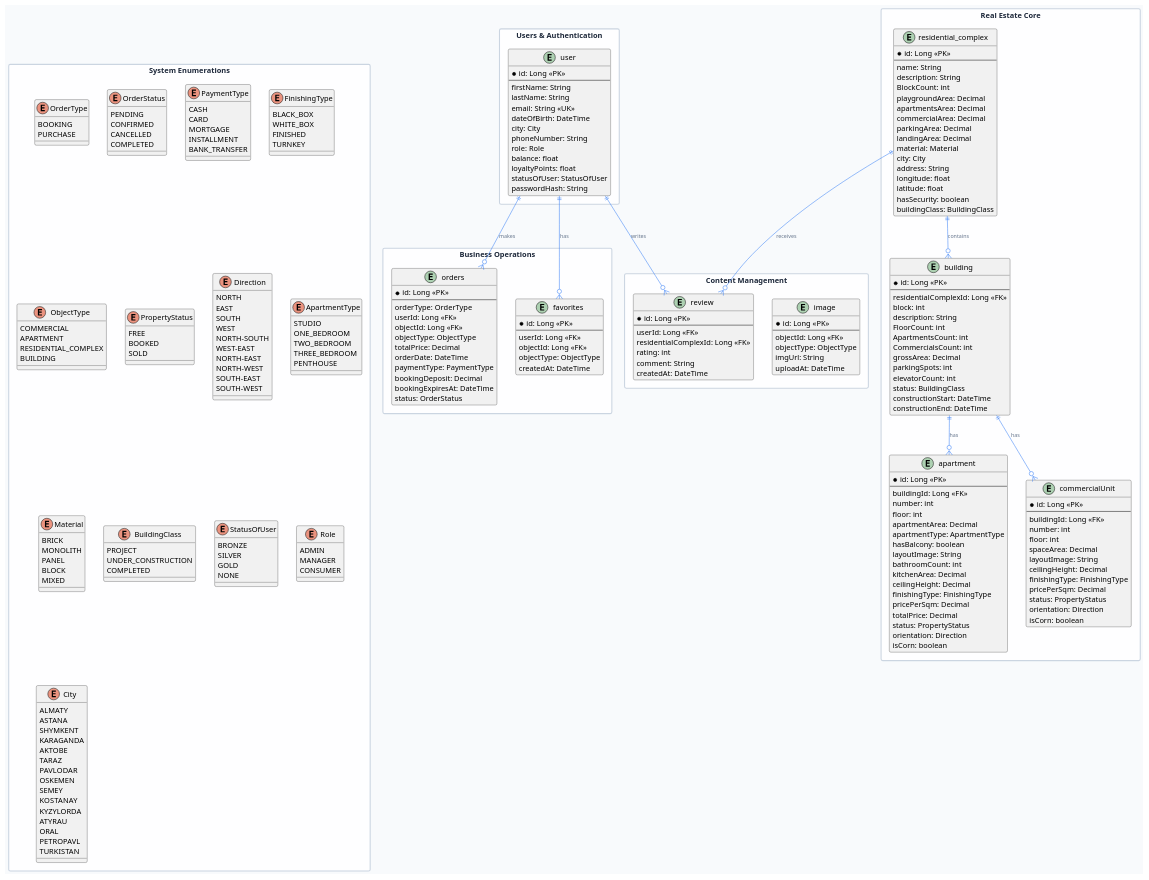
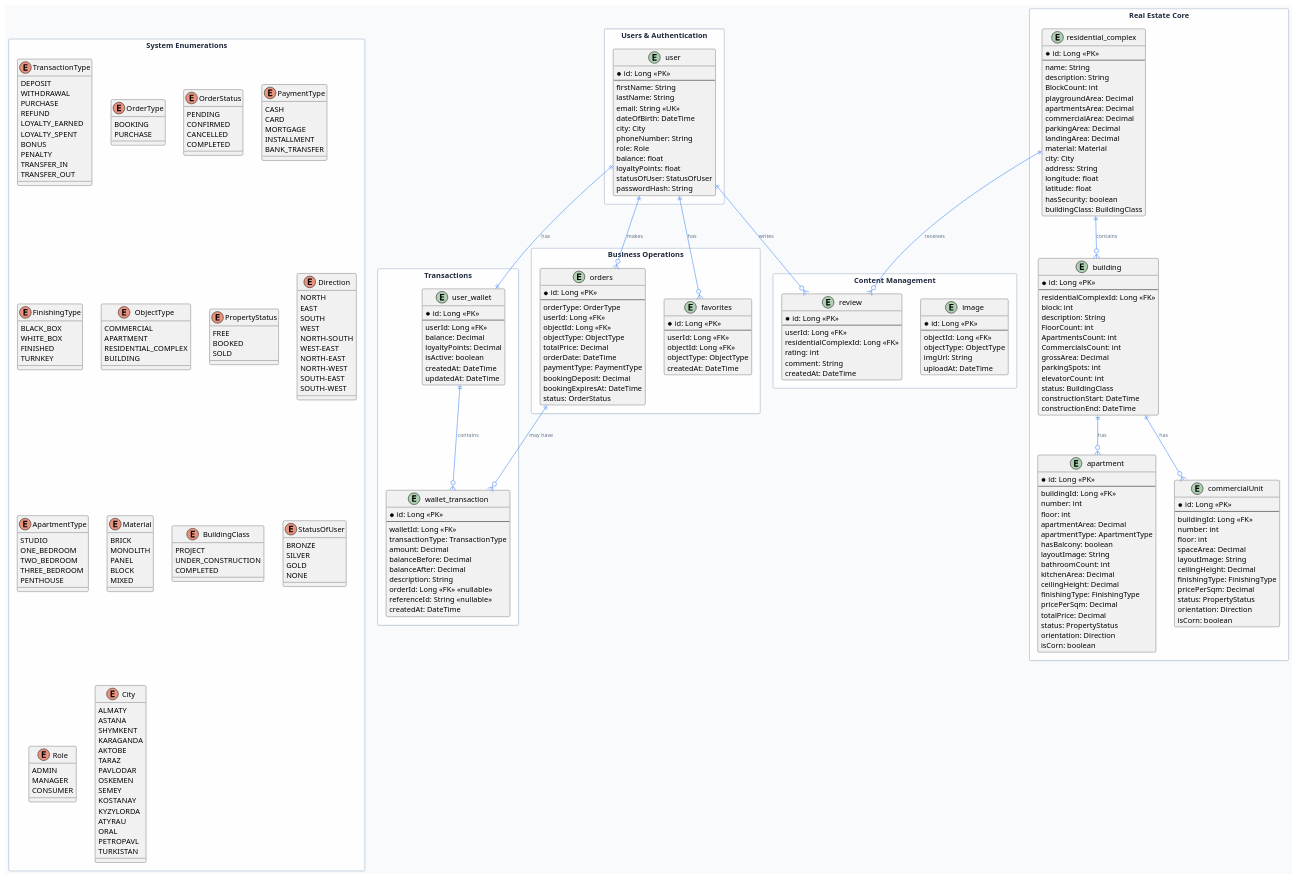
The diagram in docs/database-schema.plantuml (hush0k/Baspana-Group), drawn with PlantUML before and after one commit. The commit also changed 5 other files, not shown here.

```diff
--- a/docs/database-schema.plantuml
+++ b/docs/database-schema.plantuml
@@ -178,7 +178,48 @@
     }
 }
 
+package "Transactions" as transactions_packege {
+    entity "user_wallet" as user_wallet {
+        *id: Long <<PK>>
+        --
+        userId: Long <<FK>>
+        balance: Decimal
+        loyaltyPoints: Decimal
+        isActive: boolean
+        createdAt: DateTime
+        updatedAt: DateTime
+    }
+    entity "wallet_transaction" as wallet_transaction {
+        *id: Long <<PK>>
+        --
+        walletId: Long <<FK>>
+        transactionType: TransactionType
+        amount: Decimal
+        balanceBefore: Decimal
+        balanceAfter: Decimal
+        description: String
+        orderId: Long <<FK>> <<nullable>>
+        referenceId: String <<nullable>>
+        createdAt: DateTime
+    }
+}
+
+
+
 package "System Enumerations" as enums_package {
+    enum TransactionType {
+        DEPOSIT
+        WITHDRAWAL
+        PURCHASE
+        REFUND
+        LOYALTY_EARNED
+        LOYALTY_SPENT
+        BONUS
+        PENALTY
+        TRANSFER_IN
+        TRANSFER_OUT
+    }
+
     enum OrderType {
         BOOKING
         PURCHASE
@@ -293,5 +334,8 @@
 user ||--o{ favorites : "has"
 user ||--o{ review : "writes"
 residential_complex ||--o{ review : "receives"
+user ||--|| user_wallet : "has"
+user_wallet ||--o{ wallet_transaction : "contains"
+orders ||--o{ wallet_transaction : "may have"
 
 @enduml
```
